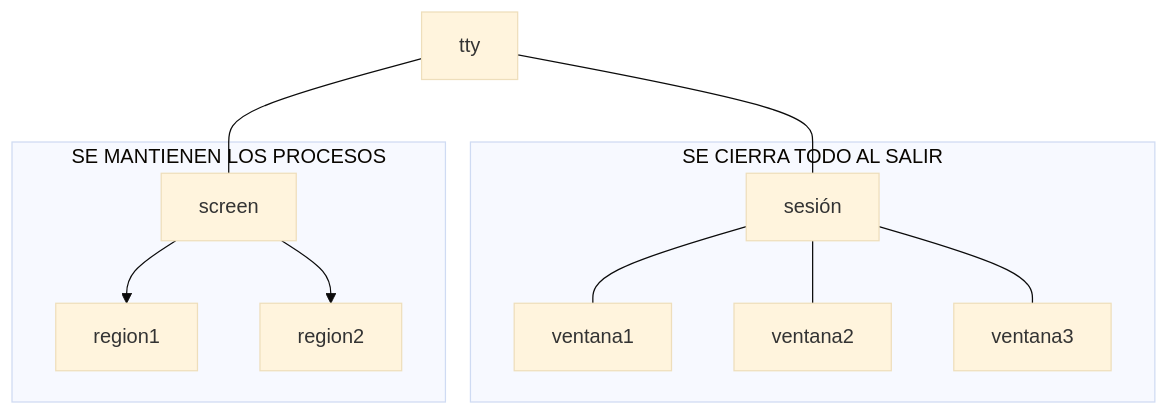
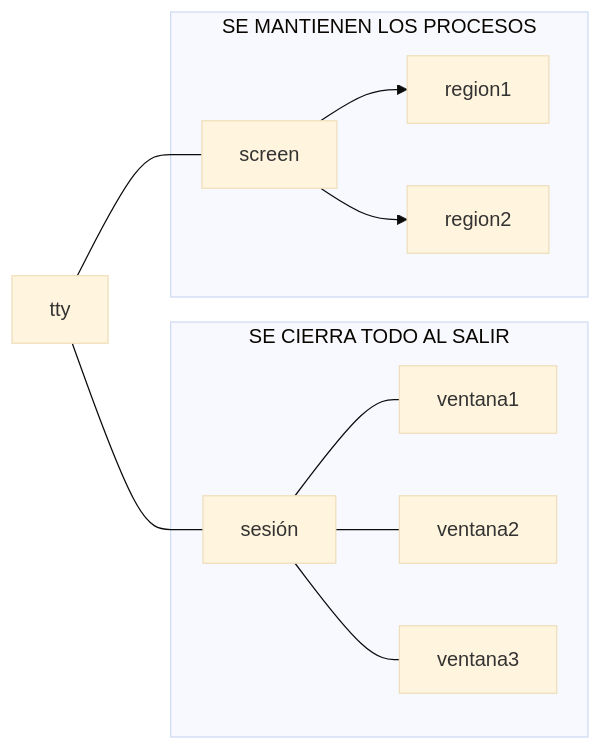
The diagram in iso/sesiones.md (robertorodriguez98/apuntesClase), drawn with Mermaid (base theme) before and after one commit. The commit also changed 2 other files, not shown here.

Commit message:
añadido diagrama gantt

````diff
--- a/iso/sesiones.md
+++ b/iso/sesiones.md
@@ -20,14 +20,14 @@
 ```mermaid
-  graph TD;
+  graph LR;
       tty---sesión;
       subgraph SE CIERRA TODO AL SALIR
           sesión---ventana1;
           sesión---ventana2;
           sesión---ventana3;
       end
       tty---screen;
       subgraph SE MANTIENEN LOS PROCESOS
           screen-->region1;
           screen-->region2;
       end
 ```
````
